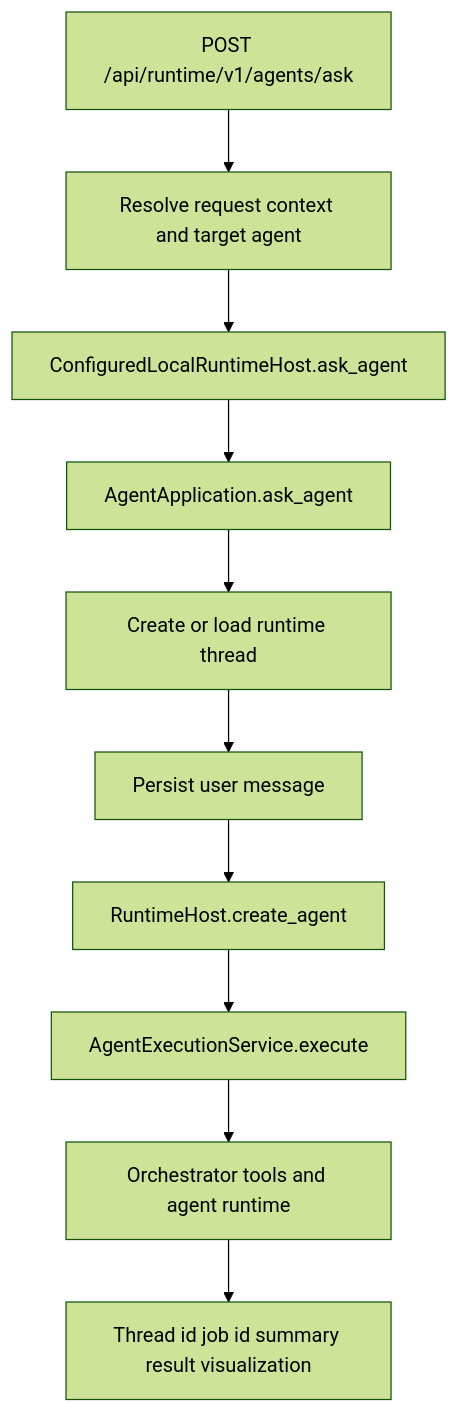
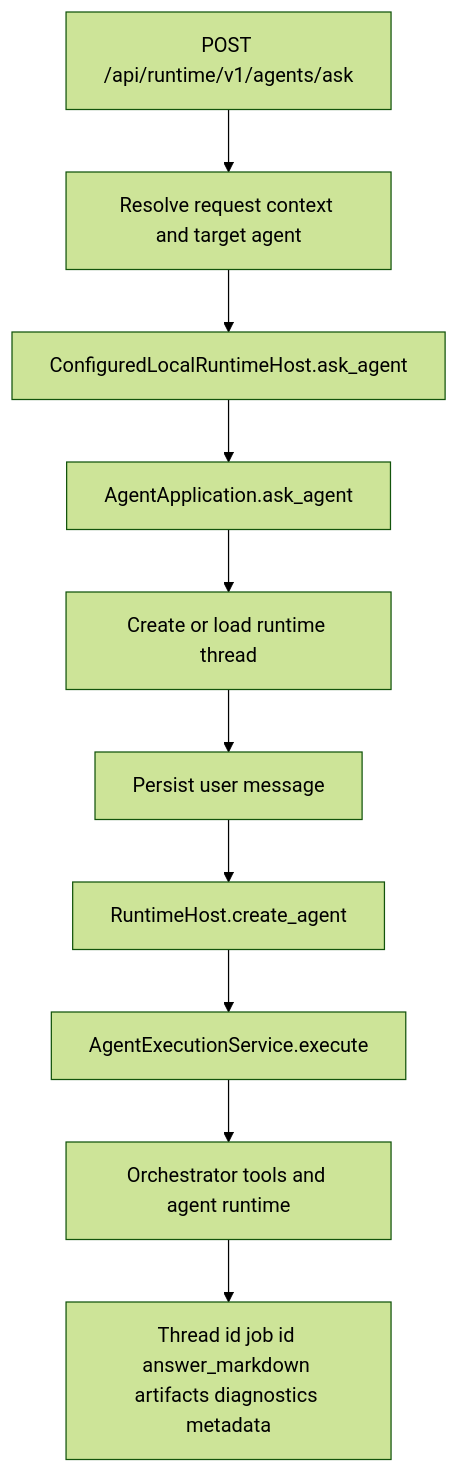
One commit to langbridgedev/langbridge changed the seventh of 8 diagrams in docs/architecture/runtime-api-layering.md. Above: the diagram before and after it, drawn with Mermaid (forest theme). The commit also changed 295 other files, not shown here.

````diff
--- a/docs/architecture/runtime-api-layering.md
+++ b/docs/architecture/runtime-api-layering.md
@@ -212,23 +212,23 @@
 ```mermaid
 flowchart TD
     Route[POST /api/runtime/v1/agents/ask]
     Resolve[Resolve request context and target agent]
     Host[ConfiguredLocalRuntimeHost.ask_agent]
     App[AgentApplication.ask_agent]
     Thread[Create or load runtime thread]
     Message[Persist user message]
     Execute[RuntimeHost.create_agent]
     AgentSvc[AgentExecutionService.execute]
     Orchestrator[Orchestrator tools and agent runtime]
-    Response[Thread id job id summary result visualization]
+    Response[Thread id job id answer_markdown artifacts diagnostics metadata]
 
     Route --> Resolve
     Resolve --> Host
     Host --> App
     App --> Thread
     Thread --> Message
     Message --> Execute
     Execute --> AgentSvc
     AgentSvc --> Orchestrator
     Orchestrator --> Response
 ```
````
